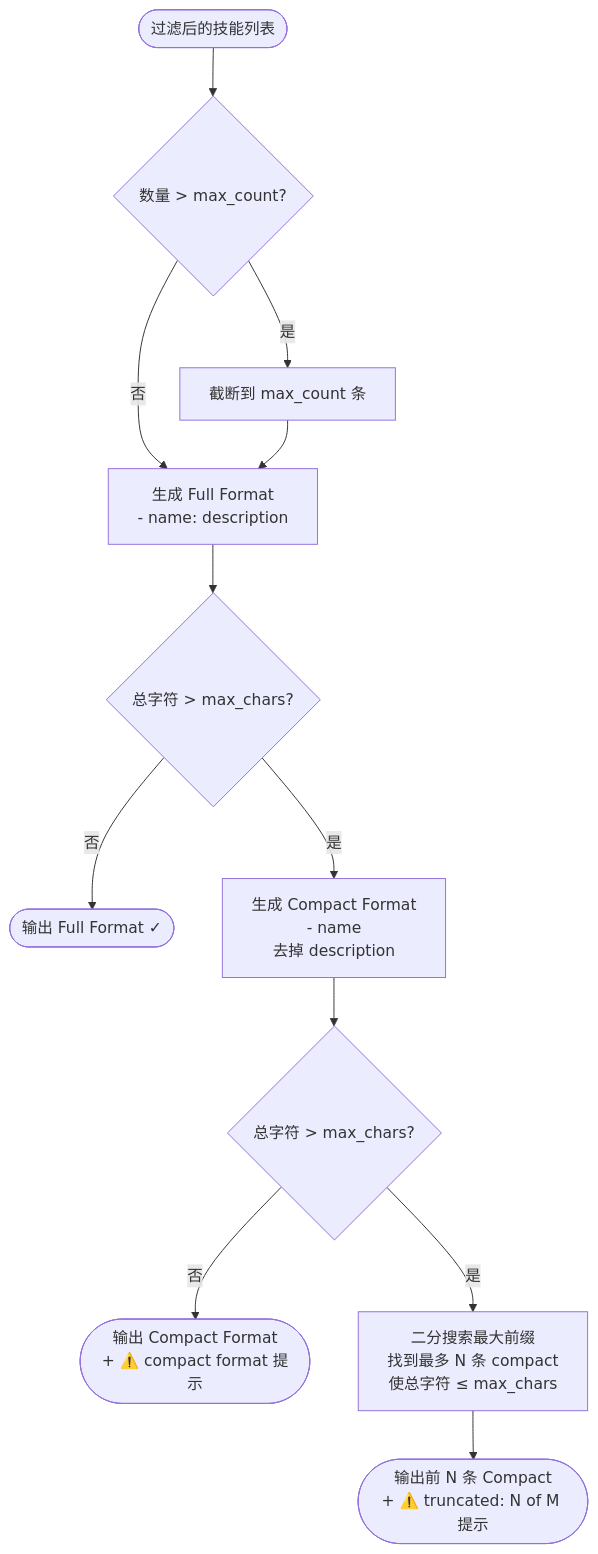
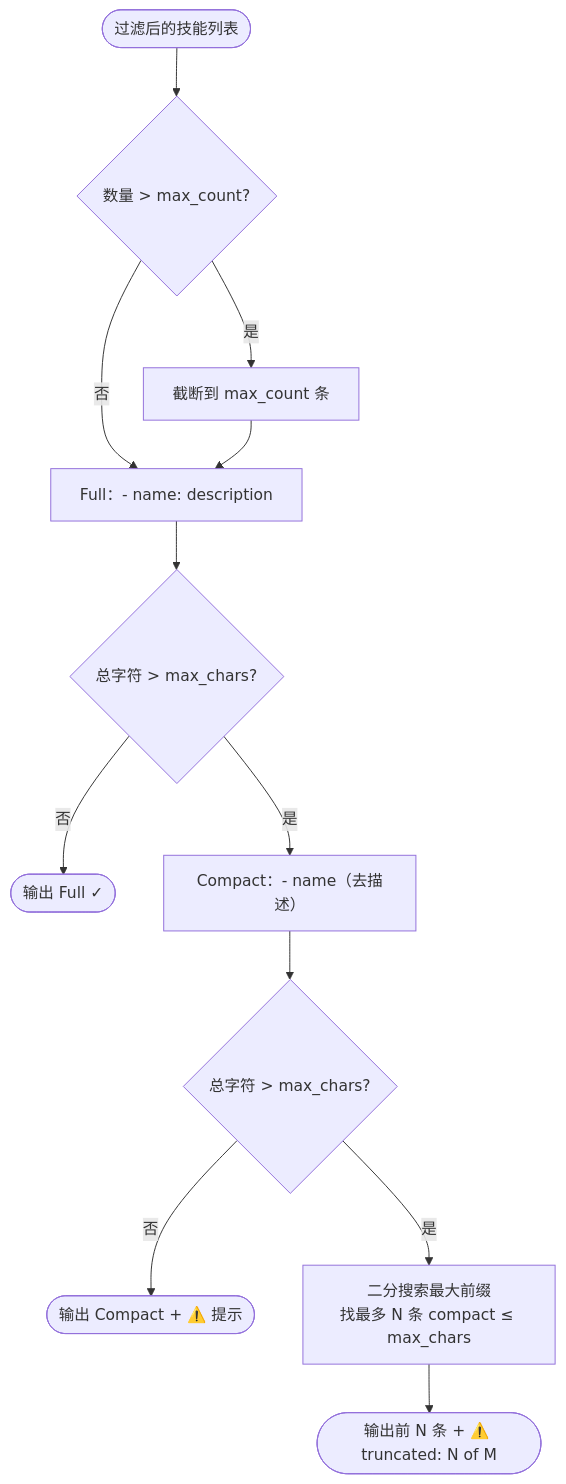
The tenth of 19 diagrams in docs/architecture/skill-system.md (shiwenwen/hope-agent), drawn with Mermaid before and after one commit. The commit also changed other lines of this file, not shown here.

````diff
--- a/docs/architecture/skill-system.md
+++ b/docs/architecture/skill-system.md
@@ -939,18 +845,15 @@
 ```mermaid
 flowchart TD
     INPUT(["过滤后的技能列表"]) --> COUNT{"数量 > max_count?"}
     COUNT -->|是| TRIM["截断到 max_count 条"]
     COUNT -->|否| FULL
     TRIM --> FULL
 
-    FULL["生成 Full Format<br/>- name: description"] --> CHECK1{"总字符 > max_chars?"}
-    CHECK1 -->|否| OUT_FULL(["输出 Full Format ✓"])
-
-    CHECK1 -->|是| COMPACT["生成 Compact Format<br/>- name<br/>去掉 description"]
+    FULL["Full：- name: description"] --> CHECK1{"总字符 > max_chars?"}
+    CHECK1 -->|否| OUT_FULL(["输出 Full ✓"])
+    CHECK1 -->|是| COMPACT["Compact：- name（去描述）"]
     COMPACT --> CHECK2{"总字符 > max_chars?"}
-    CHECK2 -->|否| OUT_COMPACT(["输出 Compact Format<br/>+ ⚠️ compact format 提示"])
-
-    CHECK2 -->|是| BSEARCH["二分搜索最大前缀<br/>找到最多 N 条 compact<br/>使总字符 ≤ max_chars"]
-    BSEARCH --> OUT_TRUNC(["输出前 N 条 Compact<br/>+ ⚠️ truncated: N of M 提示"])
-
+    CHECK2 -->|否| OUT_COMPACT(["输出 Compact + ⚠️ 提示"])
+    CHECK2 -->|是| BSEARCH["二分搜索最大前缀<br/>找最多 N 条 compact ≤ max_chars"]
+    BSEARCH --> OUT_TRUNC(["输出前 N 条 + ⚠️ truncated: N of M"])
 ```
````
